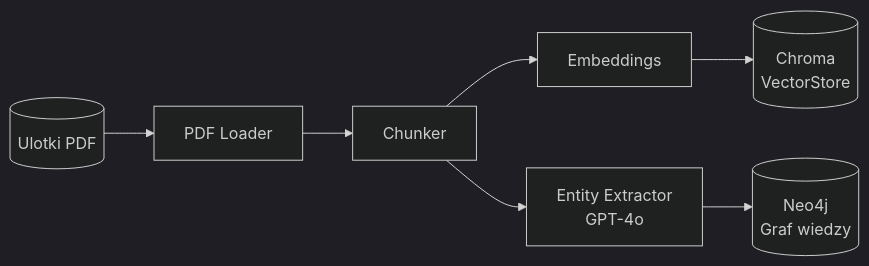
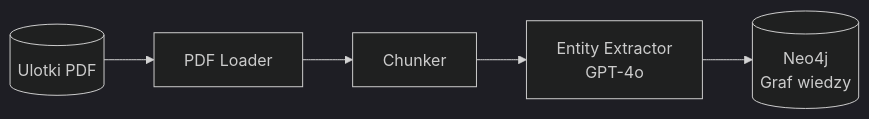
The first of 4 diagrams in PDD.md (KrzysztofKroczynski/MedAi), drawn with Mermaid (dark theme) before and after one commit. The commit also changed other lines of this file and 1 other file, not shown here.

````diff
--- a/PDD.md
+++ b/PDD.md
@@ -34,9 +25,7 @@
 ```mermaid
 flowchart LR
     PDF[("Ulotki PDF")] --> LOADER["PDF Loader"]
     LOADER --> CHUNKER["Chunker"]
-    CHUNKER --> EMBED["Embeddings"]
     CHUNKER --> EXTRACT["Entity Extractor\nGPT-4o"]
-    EMBED --> CHROMA[("Chroma\nVectorStore")]
     EXTRACT --> NEO4J[("Neo4j\nGraf wiedzy")]
 ```
````
